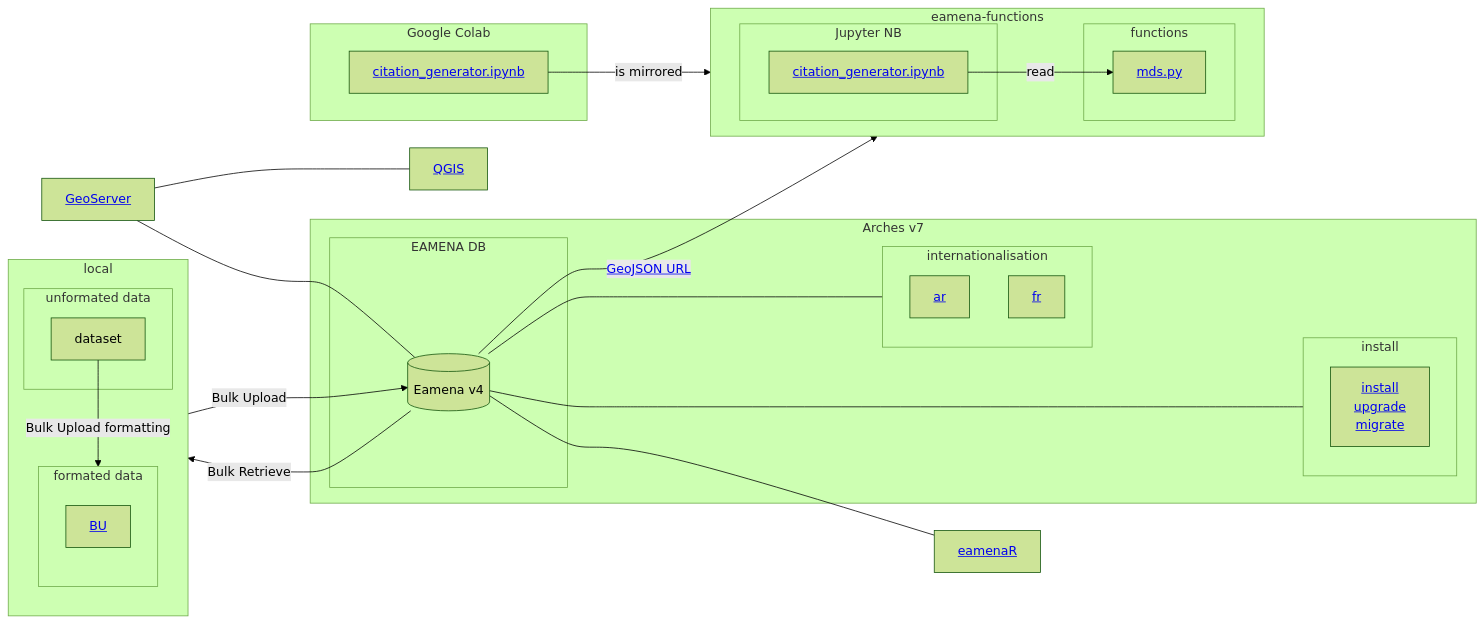
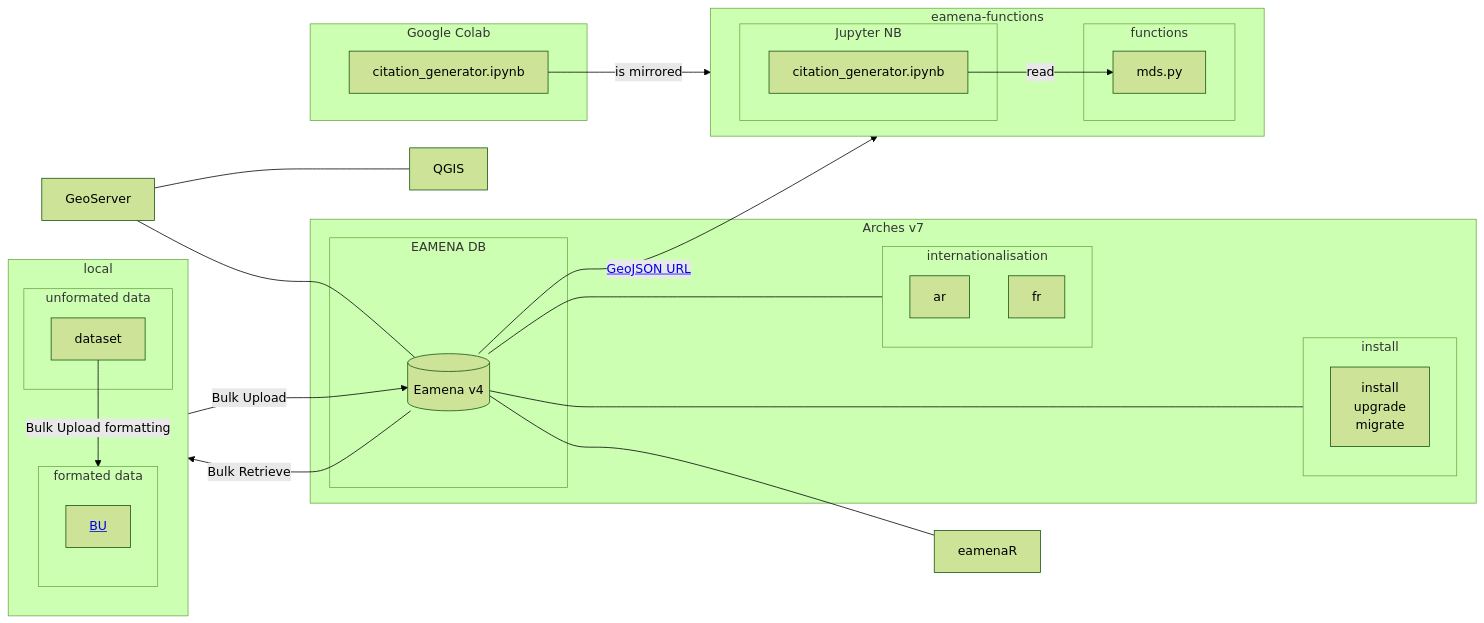
Before and after one commit to eamena-project/eamena-arches-dev: the diagram in dbs/database.eamena/README.md, drawn with Mermaid (forest theme).

````diff
--- a/dbs/database.eamena/README.md
+++ b/dbs/database.eamena/README.md
@@ -9,47 +9,55 @@
 ```mermaid
 flowchart LR
   subgraph Arches v7
     subgraph EAMENA DB
     ea[(Eamena v4)]
     end
     subgraph internationalisation
-      id6[<a href='https://github.com/eamena-project/eamena-arches-dev/tree/main/dbs/database.eamena/internationalisation'>ar</a>];
-      id7[<a href='https://github.com/eamena-project/eamena-arches-dev/tree/main/dbs/database.eamena/internationalisation'>fr</a>];
+      id6[ar];
+      id7[fr];
     end 
     subgraph install
-      id8[<a href='https://github.com/eamena-project/eamena-arches-dev/tree/main/dbs/database.eamena/install'>install<br>upgrade<br>migrate</a>];
+      id8[install<br>upgrade<br>migrate];
     end 
   end
-  id3[<a href='https://github.com/eamena-project/eamena-arches-dev/tree/main/geoserver'>GeoServer</a>] --- ea;
-  id3 --- id4[<a href='https://github.com/eamena-project/eamena-arches-dev/tree/main/gis/qgis'>QGIS</a>];
+  id3[GeoServer] --- ea;
+  id3 --- id4[QGIS];
   subgraph local
     direction TB
     subgraph unformated data
       id9A[dataset]
     end
     subgraph formated data
       direction TB
       id9A -- Bulk Upload formatting --> id9B[<a href='https://github.com/eamena-project/eamena-arches-dev/tree/main/data/bulk#readme'>BU</a>];
       id9B -- Bulk Upload --> ea;
       ea -- Bulk Retrieve --> id9B;
     end
   end
   subgraph eamena-functions
     direction LR
     subgraph functions
-      idf1[<a href='https://github.com/eamena-project/eamena-functions/blob/main/mds/mds.py'>mds.py</a>]
+      idf1[mds.py]
     end
     subgraph Jupyter NB
-      idf2[<a href='https://github.com/eamena-project/eamena-arches-dev/blob/main/dev/citations/citation_generator.ipynb'>citation_generator.ipynb</a>] -- read --> idf1
+      idf2[citation_generator.ipynb] -- read --> idf1
     end
   end
   subgraph Google Colab
-    idg1[<a href='https://colab.research.google.com/github/eamena-project/eamena-arches-dev/blob/main/dev/citations/citation_generator.ipynb'>citation_generator.ipynb</a>] -- is mirrored --> idf2
+    idg1[citation_generator.ipynb] -- is mirrored --> idf2
   end
   ea -- <a href='query#url'>GeoJSON URL</a> --> idf1
-  ea --- id5[<a href='https://github.com/eamena-project/eamenaR'>eamenaR</a>];
+  ea --- id5[eamenaR];
   ea --- internationalisation
   ea <--- install
 
-  click ea "https://google.com" _blank
+  click id6 "https://github.com/eamena-project/eamena-arches-dev/tree/main/dbs/database.eamena/internationalisation" _blank
+  click id7 "https://github.com/eamena-project/eamena-arches-dev/tree/main/dbs/database.eamena/internationalisation" _blank
+  click id8 "https://github.com/eamena-project/eamena-arches-dev/tree/main/dbs/database.eamena/install" _blank
+  click id3 "https://github.com/eamena-project/eamena-arches-dev/tree/main/geoserver" _blank
+  click id4 "https://github.com/eamena-project/eamena-arches-dev/tree/main/gis/qgis" _blank
+  click idf1 "https://github.com/eamena-project/eamena-functions/blob/main/mds/mds.py" _blank
+  click idf2 "https://github.com/eamena-project/eamena-arches-dev/blob/main/dev/citations/citation_generator.ipynb" _blank
+  click idg1 "https://colab.research.google.com/github/eamena-project/eamena-arches-dev/blob/main/dev/citations/citation_generator.ipynb" _blank
+  click id5 "https://github.com/eamena-project/eamenaR" _blank
 ```
````
